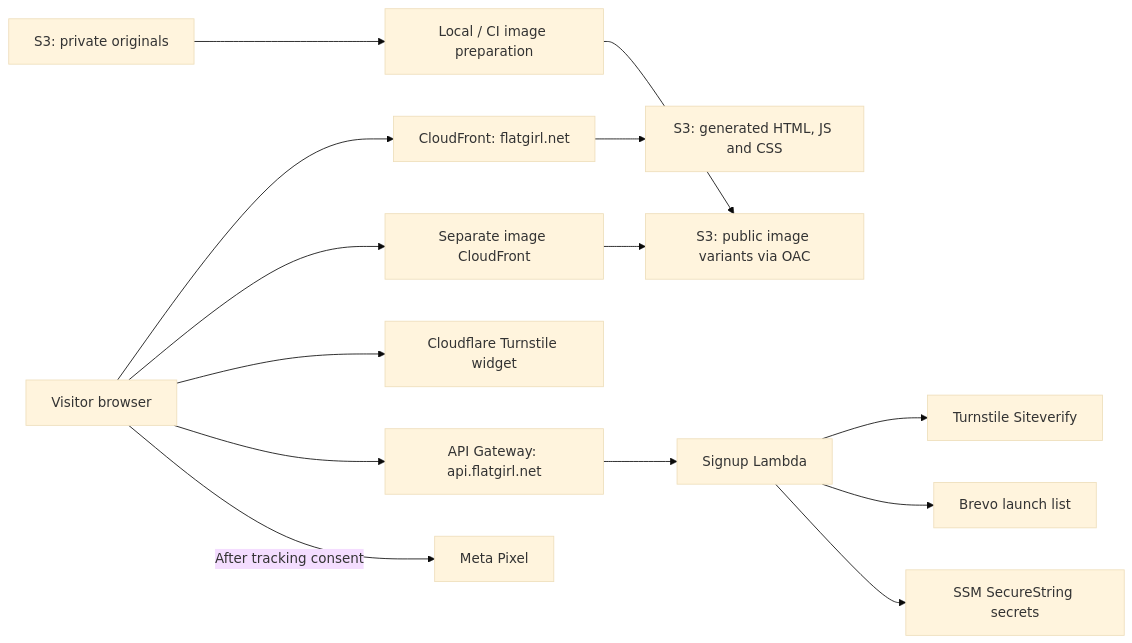
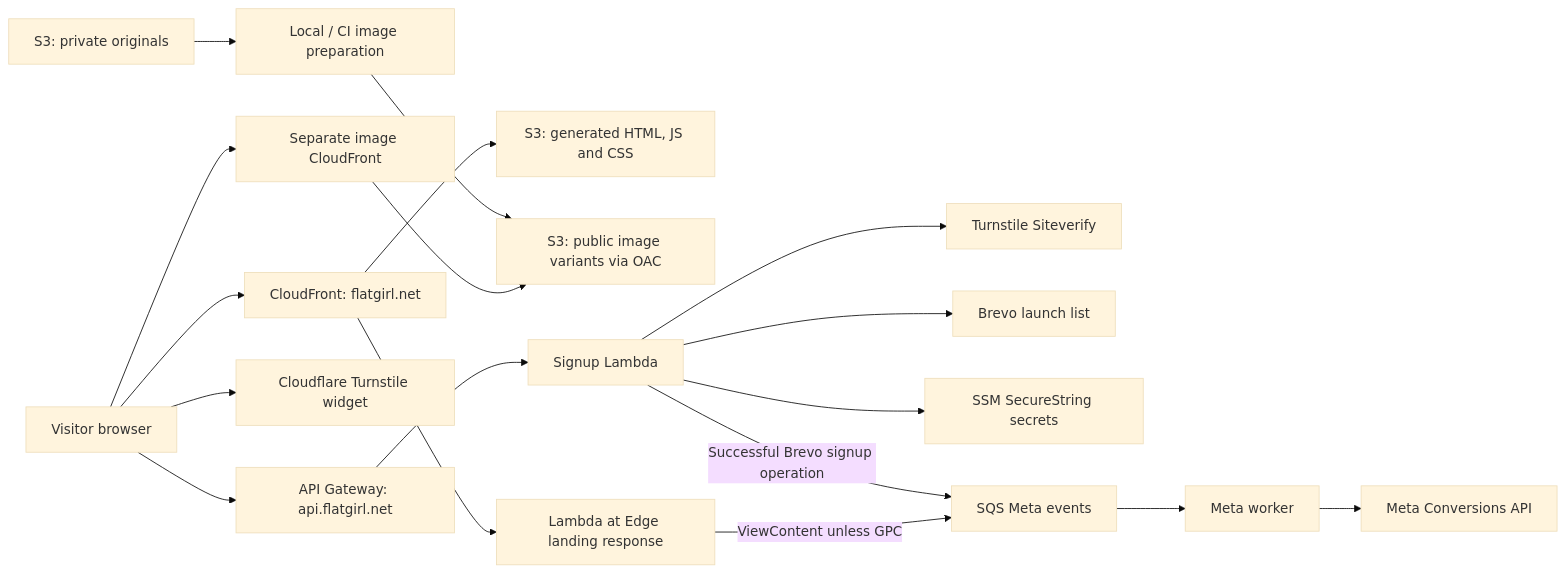
One commit to flat-girl/website changed the diagram in docs/IMPLEMENTATION-PLAN.md. Above: the diagram before and after it, drawn with Mermaid (base theme). The commit also changed other lines of this file and 38 other files, not shown here.

Commit message:
Integrate meta conversions api (#5)

````diff
--- a/docs/IMPLEMENTATION-PLAN.md
+++ b/docs/IMPLEMENTATION-PLAN.md
@@ -66,16 +72,20 @@
 ```mermaid
 flowchart LR
   Browser[Visitor browser] --> SiteCDN[CloudFront: flatgirl.net]
   SiteCDN --> Site[S3: generated HTML, JS and CSS]
   Browser --> ImageCDN[Separate image CloudFront]
   ImageCDN --> Variants[S3: public image variants via OAC]
   Originals[S3: private originals] --> Prepare[Local / CI image preparation]
   Prepare --> Variants
   Browser --> Turnstile[Cloudflare Turnstile widget]
   Browser --> API[API Gateway: api.flatgirl.net]
   API --> Lambda[Signup Lambda]
   Lambda --> Verify[Turnstile Siteverify]
   Lambda --> Brevo[Brevo launch list]
   Lambda --> SSM[SSM SecureString secrets]
-  Browser -->|After tracking consent| Meta[Meta Pixel]
+  SiteCDN --> Edge[Lambda at Edge landing response]
+  Edge -->|ViewContent unless GPC| Queue[SQS Meta events]
+  Lambda -->|Successful Brevo signup operation| Queue
+  Queue --> Worker[Meta worker]
+  Worker --> Meta[Meta Conversions API]
 ```
````
